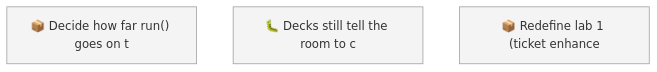
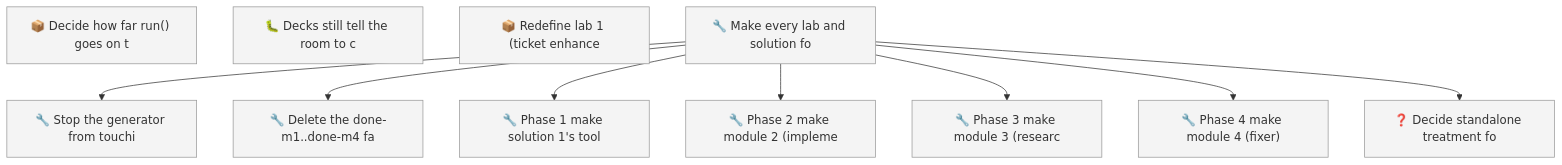
One commit to RichardHightower/reliable-agentic-lab changed the first of 2 diagrams in docs/roadmap.md. Above: the diagram before and after it, drawn with Mermaid. The commit also changed other lines of this file and 1 other file, not shown here.

First line of the commit message:
Track the standalone-labs-and-solutions work as one epic, phased by module.

````diff
--- a/docs/roadmap.md
+++ b/docs/roadmap.md
@@ -41,8 +62,23 @@
 ```mermaid
 graph TD
     01M10N7X4TCZSZ6RCQ8348G3MG["📦 Decide how far run() goes on t"]
     01M10N87FRARZQJET5ZF6N9WY1["🐛 Decks still tell the room to c"]
     01M10ZJAFA531AZT95CD4N95XJ["📦 Redefine lab 1 (ticket enhance"]
+    01M10ZZFT4DW7V58K7DCNKJRR3["🔧 Make every lab and solution fo"]
+    01M10ZZQBG9C72NX5P6F00WRNJ["🔧 Stop the generator from touchi"]
+    01M10ZZSS13KQF69WPE7A5N24X["🔧 Delete the done-m1..done-m4 fa"]
+    01M110015D4FB9BYPNVK7BEJR1["🔧 Phase 1 make solution 1's tool"]
+    01M11003RBSRAW0MYDE34AVZGV["🔧 Phase 2 make module 2 (impleme"]
+    01M11005SEGJQEYP984QBYVE3C["🔧 Phase 3 make module 3 (researc"]
+    01M110078YFGKGG0E528GE9J95["🔧 Phase 4 make module 4 (fixer)"]
+    01M1100CMG7X5QW4K85N6Y77ZK["❓ Decide standalone treatment fo"]
+    01M10ZZFT4DW7V58K7DCNKJRR3 --> 01M10ZZQBG9C72NX5P6F00WRNJ
+    01M10ZZFT4DW7V58K7DCNKJRR3 --> 01M10ZZSS13KQF69WPE7A5N24X
+    01M10ZZFT4DW7V58K7DCNKJRR3 --> 01M110015D4FB9BYPNVK7BEJR1
+    01M10ZZFT4DW7V58K7DCNKJRR3 --> 01M11003RBSRAW0MYDE34AVZGV
+    01M10ZZFT4DW7V58K7DCNKJRR3 --> 01M11005SEGJQEYP984QBYVE3C
+    01M10ZZFT4DW7V58K7DCNKJRR3 --> 01M110078YFGKGG0E528GE9J95
+    01M10ZZFT4DW7V58K7DCNKJRR3 --> 01M1100CMG7X5QW4K85N6Y77ZK
     classDef todo fill:#f4f4f4,stroke:#999999
-    class 01M10N7X4TCZSZ6RCQ8348G3MG,01M10N87FRARZQJET5ZF6N9WY1,01M10ZJAFA531AZT95CD4N95XJ todo
+    class 01M10N7X4TCZSZ6RCQ8348G3MG,01M10N87FRARZQJET5ZF6N9WY1,01M10ZJAFA531AZT95CD4N95XJ,01M10ZZFT4DW7V58K7DCNKJRR3,01M10ZZQBG9C72NX5P6F00WRNJ,01M10ZZSS13KQF69WPE7A5N24X,01M110015D4FB9BYPNVK7BEJR1,01M11003RBSRAW0MYDE34AVZGV,01M11005SEGJQEYP984QBYVE3C,01M110078YFGKGG0E528GE9J95,01M1100CMG7X5QW4K85N6Y77ZK todo
 ```
````
